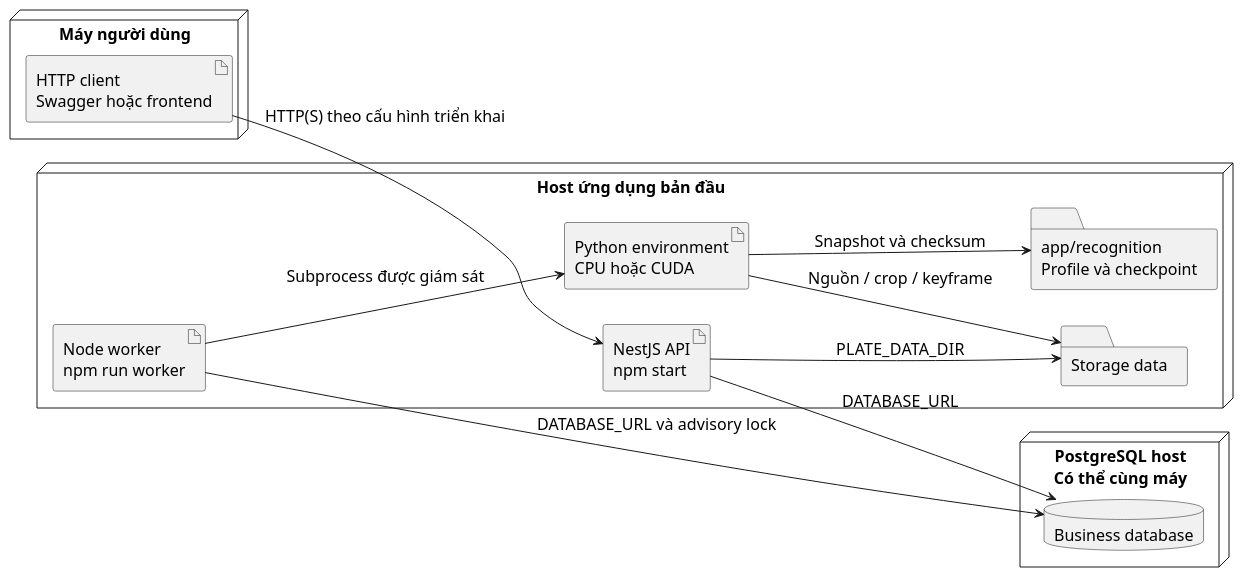
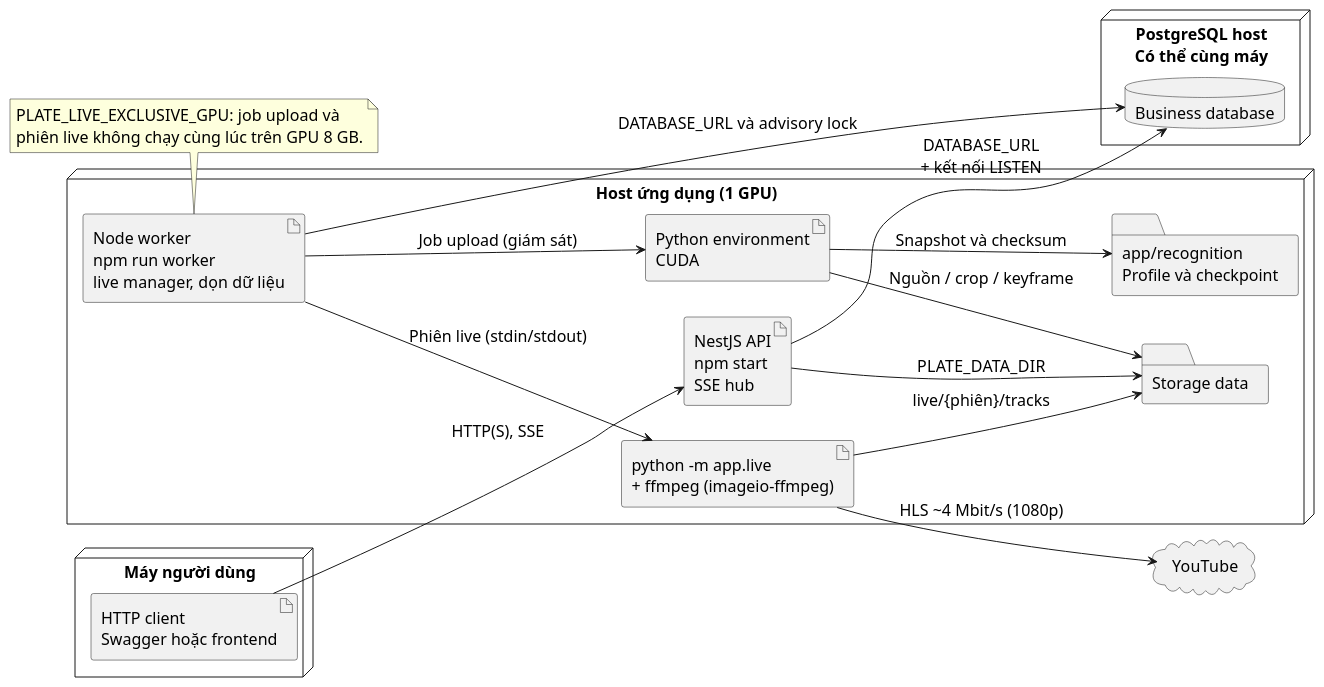
Before and after one commit to Oszumeiii/Vehicle_Tracking_BE: the diagram in docs/analysis/diagrams/16-deployment.puml, drawn with PlantUML. The commit also changed 30 other files, not shown here.

First line of the commit message:
docs(analysis): add YouTube Live to the analysis and design document

```diff
--- a/docs/analysis/diagrams/16-deployment.puml
+++ b/docs/analysis/diagrams/16-deployment.puml
@@ -1,27 +1,36 @@
 @startuml
 skinparam defaultFontName Arial
 skinparam defaultFontSize 16
 skinparam shadowing false
 skinparam backgroundColor white
 left to right direction
 node "Máy người dùng" {
   artifact "HTTP client\nSwagger hoặc frontend" as client
 }
-node "Host ứng dụng bản đầu" {
-  artifact "NestJS API\nnpm start" as api
-  artifact "Node worker\nnpm run worker" as worker
-  artifact "Python environment\nCPU hoặc CUDA" as python
+node "Host ứng dụng (1 GPU)" {
+  artifact "NestJS API\nnpm start\nSSE hub" as api
+  artifact "Node worker\nnpm run worker\nlive manager, dọn dữ liệu" as worker
+  artifact "Python environment\nCUDA" as python
+  artifact "python -m app.live\n+ ffmpeg (imageio-ffmpeg)" as live
   folder "Storage data" as storage
   folder "app/recognition\nProfile và checkpoint" as model
 }
 node "PostgreSQL host\nCó thể cùng máy" {
   database "Business database" as db
 }
-client --> api : HTTP(S) theo cấu hình triển khai
-api --> db : DATABASE_URL
+cloud "YouTube" as youtube
+client --> api : HTTP(S), SSE
+api --> db : DATABASE_URL\n+ kết nối LISTEN
 worker --> db : DATABASE_URL và advisory lock
 api --> storage : PLATE_DATA_DIR
-worker --> python : Subprocess được giám sát
+worker --> python : Job upload (giám sát)
+worker --> live : Phiên live (stdin/stdout)
+live --> youtube : HLS ~4 Mbit/s (1080p)
 python --> storage : Nguồn / crop / keyframe
+live --> storage : live/{phiên}/tracks
 python --> model : Snapshot và checksum
+note bottom of worker
+  PLATE_LIVE_EXCLUSIVE_GPU: job upload và
+  phiên live không chạy cùng lúc trên GPU 8 GB.
+end note
 @enduml
```
